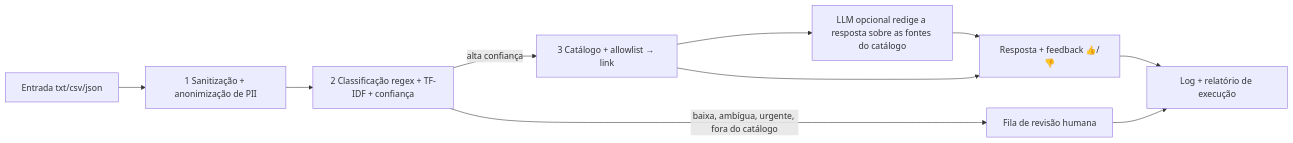
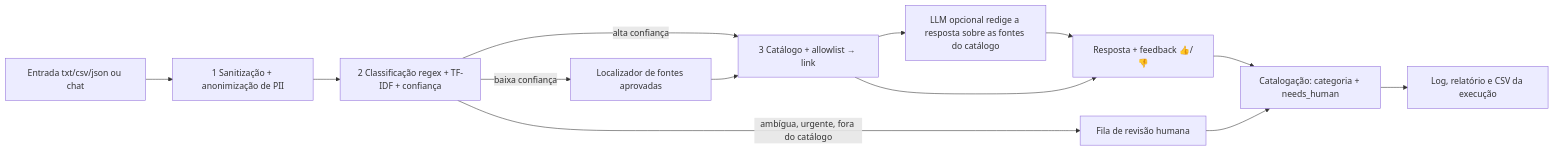
The diagram in README.md (entregas-faculdade/GS-RPA-2S), drawn with Mermaid before and after one commit. The commit also changed other lines of this file and 5 other files, not shown here.

````diff
--- a/README.md
+++ b/README.md
@@ -25,12 +49,15 @@
 ```mermaid
 flowchart LR
-  A[Entrada txt/csv/json] --> B[1 Sanitização + anonimização de PII]
+  A[Entrada txt/csv/json ou chat] --> B[1 Sanitização + anonimização de PII]
   B --> C[2 Classificação regex + TF-IDF + confiança]
   C -->|alta confiança| D[3 Catálogo + allowlist → link]
-  C -->|baixa, ambígua, urgente, fora do catálogo| H[Fila de revisão humana]
+  C -->|baixa confiança| F[Localizador de fontes aprovadas]
+  F --> D
+  C -->|ambígua, urgente, fora do catálogo| H[Fila de revisão humana]
   D --> L[LLM opcional redige a resposta sobre as fontes do catálogo]
   L --> R[Resposta + feedback 👍/👎]
   D --> R
-  R --> G[Log + relatório de execução]
-  H --> G
+  R --> K[Catalogação: categoria + needs_human]
+  H --> K
+  K --> G[Log, relatório e CSV da execução]
 ```
````
